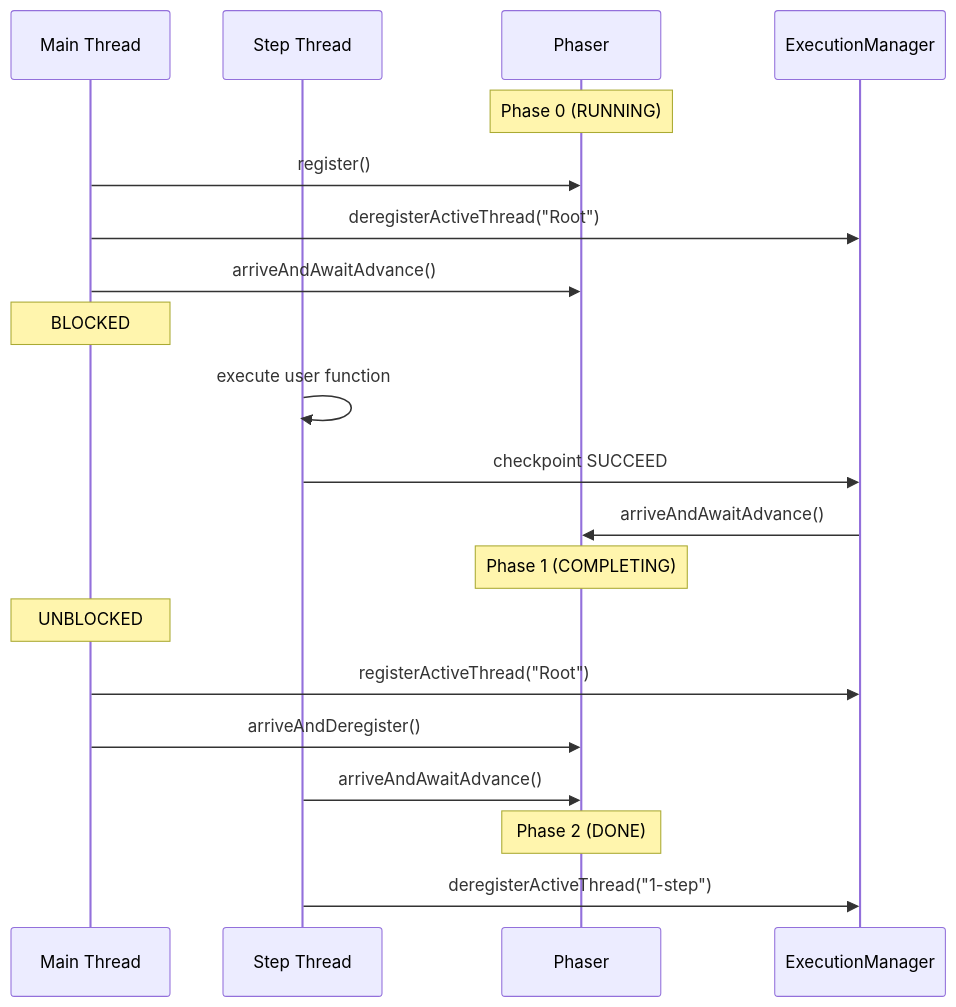
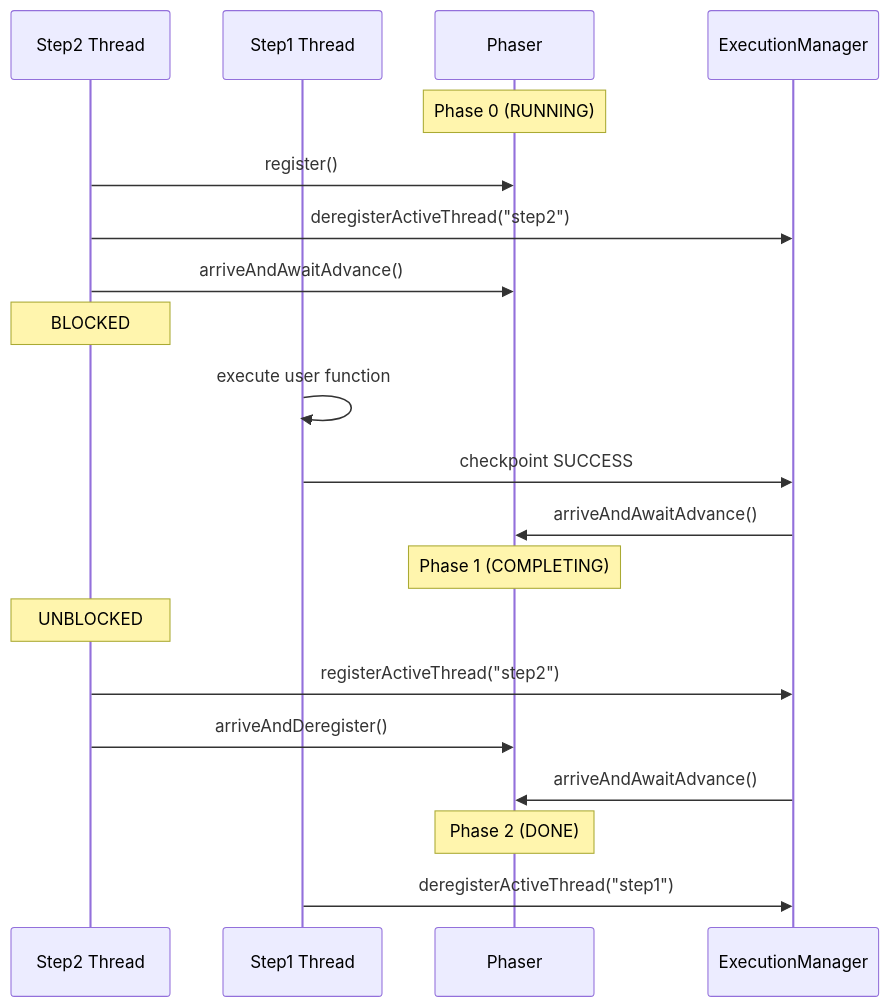
One commit to aws/aws-durable-execution-sdk-java changed the diagram in docs/adr/002-phaser-based-coordination.md. Above: the diagram before and after it, drawn with Mermaid. The commit also changed other lines of this file and 1 other file, not shown here.

````diff
--- a/docs/adr/002-phaser-based-coordination.md
+++ b/docs/adr/002-phaser-based-coordination.md
@@ -88,27 +83,27 @@
 ```mermaid
 sequenceDiagram
-    participant Main as Main Thread
-    participant Step as Step Thread
+    participant Step2 as Step2 Thread
+    participant Step1 as Step1 Thread
     participant Ph as Phaser
     participant EM as ExecutionManager
 
     Note over Ph: Phase 0 (RUNNING)
     
-    Main->>Ph: register()
-    Main->>EM: deregisterActiveThread("Root")
-    Main->>Ph: arriveAndAwaitAdvance()
-    Note over Main: BLOCKED
+    Step2->>Ph: register()
+    Step2->>EM: deregisterActiveThread("step2")
+    Step2->>Ph: arriveAndAwaitAdvance()
+    Note over Step2: BLOCKED
     
-    Step->>Step: execute user function
-    Step->>EM: checkpoint SUCCEED
+    Step1->>Step1: execute user function
+    Step1->>EM: checkpoint SUCCESS
     EM->>Ph: arriveAndAwaitAdvance()
     Note over Ph: Phase 1 (COMPLETING)
     
-    Note over Main: UNBLOCKED
-    Main->>EM: registerActiveThread("Root")
-    Main->>Ph: arriveAndDeregister()
+    Note over Step2: UNBLOCKED
+    Step2->>EM: registerActiveThread("step2")
+    Step2->>Ph: arriveAndDeregister()
     
-    Step->>Ph: arriveAndAwaitAdvance()
+    EM->>Ph: arriveAndAwaitAdvance()
     Note over Ph: Phase 2 (DONE)
-    Step->>EM: deregisterActiveThread("1-step")
+    Step1->>EM: deregisterActiveThread("step1")
 ```
````
